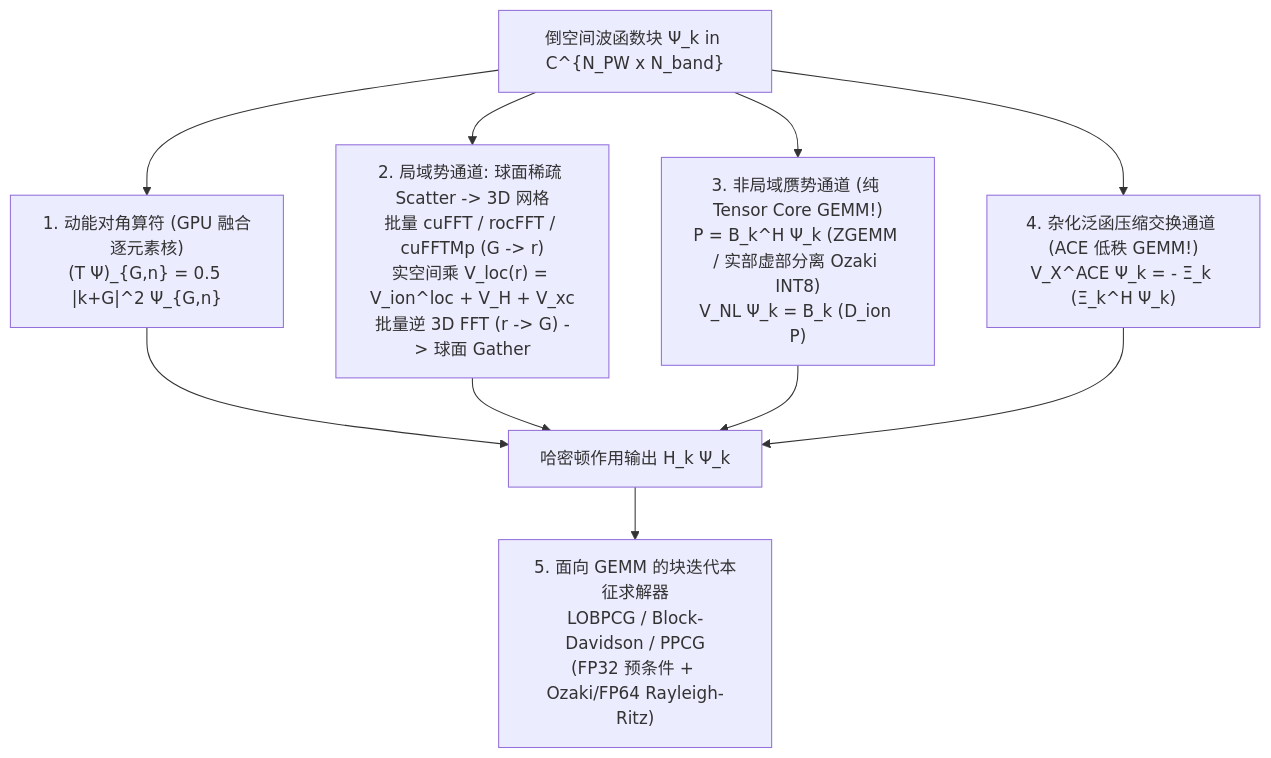
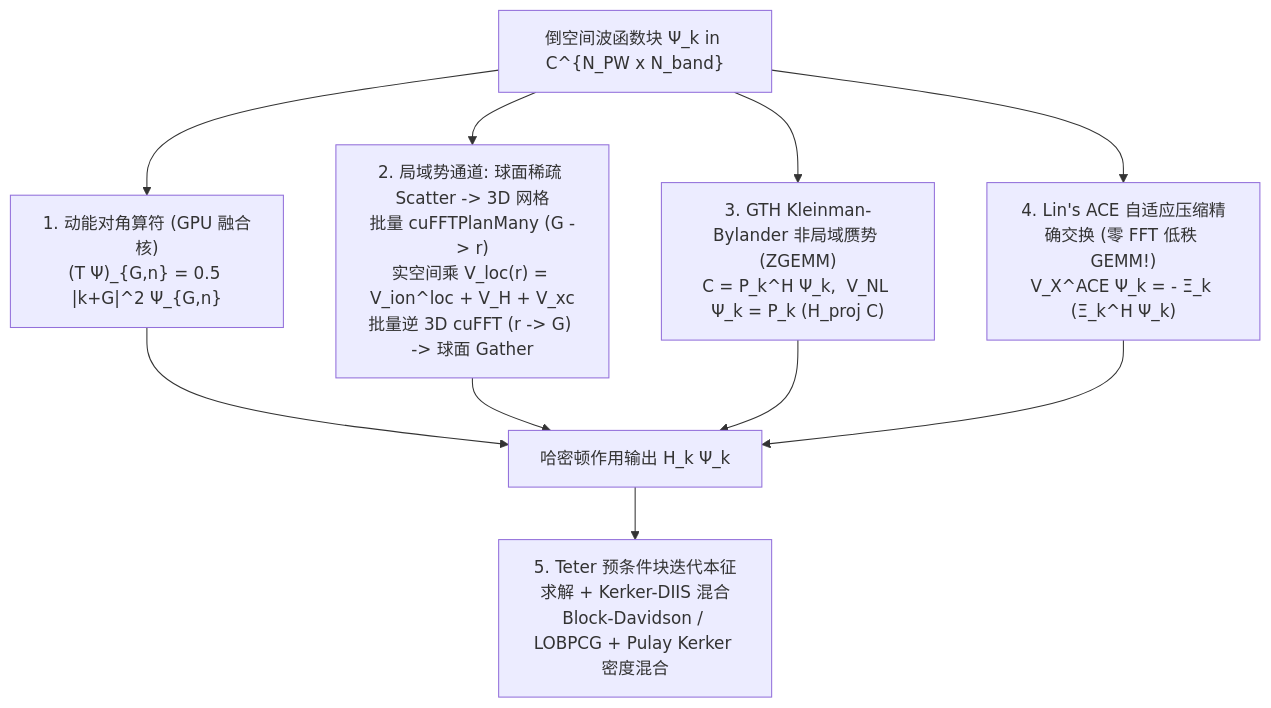
One commit to chen-yu-hao/GPU4DFT changed the eighth of 8 diagrams in docs/ARCHITECTURE.md. Above: the diagram before and after it, drawn with Mermaid. The commit also changed other lines of this file and 35 other files, not shown here.

Commit message:
Complete GPU4DFT Stage-2: zero-copy JK/XC/RI-JK, GPU CIS/TDA/TDDFT & Hessian, Plane-Wave ACE DFT, and Blackwell benchmarks

````diff
--- a/docs/ARCHITECTURE.md
+++ b/docs/ARCHITECTURE.md
@@ -848,12 +901,12 @@
 ```mermaid
 flowchart TD
-    PSI["倒空间波函数块 Ψ_k in C^{N_PW x N_band}"] --> KIN["1. 动能对角算符 (GPU 融合逐元素核)\n(T Ψ)_{G,n} = 0.5 |k+G|^2 Ψ_{G,n}"]
-    PSI --> FFT_FWD["2. 局域势通道: 球面稀疏 Scatter -> 3D 网格\n批量 cuFFT / rocFFT / cuFFTMp (G -> r)\n实空间乘 V_loc(r) = V_ion^loc + V_H + V_xc\n批量逆 3D FFT (r -> G) -> 球面 Gather"]
-    PSI --> VNL["3. 非局域赝势通道 (纯 Tensor Core GEMM!)\nP = B_k^H Ψ_k (ZGEMM / 实部虚部分离 Ozaki INT8)\nV_NL Ψ_k = B_k (D_ion P)"]
-    PSI --> ACE["4. 杂化泛函压缩交换通道 (ACE 低秩 GEMM!)\nV_X^ACE Ψ_k = - Ξ_k (Ξ_k^H Ψ_k)"]
+    PSI["倒空间波函数块 Ψ_k in C^{N_PW x N_band}"] --> KIN["1. 动能对角算符 (GPU 融合核)\n(T Ψ)_{G,n} = 0.5 |k+G|^2 Ψ_{G,n}"]
+    PSI --> FFT_FWD["2. 局域势通道: 球面稀疏 Scatter -> 3D 网格\n批量 cuFFTPlanMany (G -> r)\n实空间乘 V_loc(r) = V_ion^loc + V_H + V_xc\n批量逆 3D cuFFT (r -> G) -> 球面 Gather"]
+    PSI --> VNL["3. GTH Kleinman-Bylander 非局域赝势 (ZGEMM)\nC = P_k^H Ψ_k,  V_NL Ψ_k = P_k (H_proj C)"]
+    PSI --> ACE["4. Lin's ACE 自适应压缩精确交换 (零 FFT 低秩 GEMM!)\nV_X^ACE Ψ_k = - Ξ_k (Ξ_k^H Ψ_k)"]
     KIN --> HPSI["哈密顿作用输出 H_k Ψ_k"]
     FFT_FWD --> HPSI
     VNL --> HPSI
     ACE --> HPSI
-    HPSI --> EIG["5. 面向 GEMM 的块迭代本征求解器\nLOBPCG / Block-Davidson / PPCG\n(FP32 预条件 + Ozaki/FP64 Rayleigh-Ritz)"]
+    HPSI --> EIG["5. Teter 预条件块迭代本征求解 + Kerker-DIIS 混合\nBlock-Davidson / LOBPCG + Pulay Kerker 密度混合"]
 ```
````
